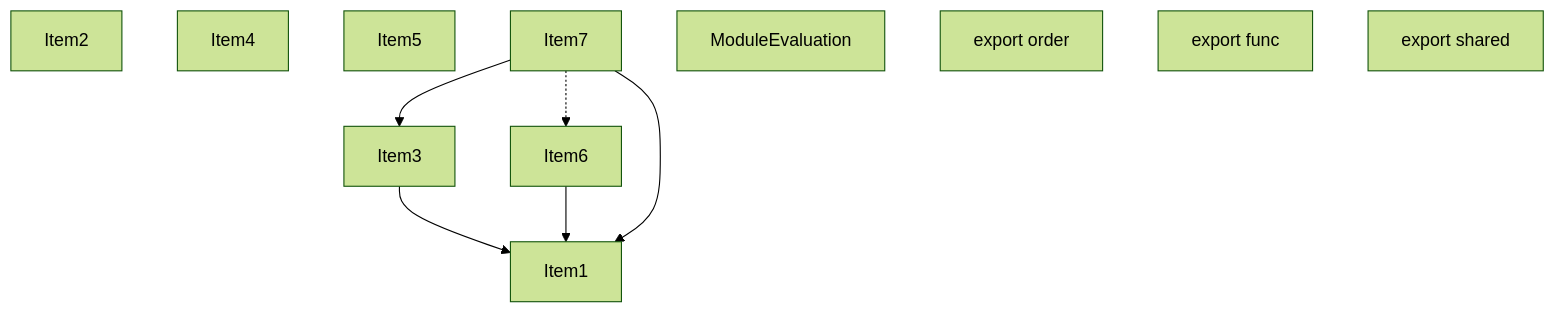
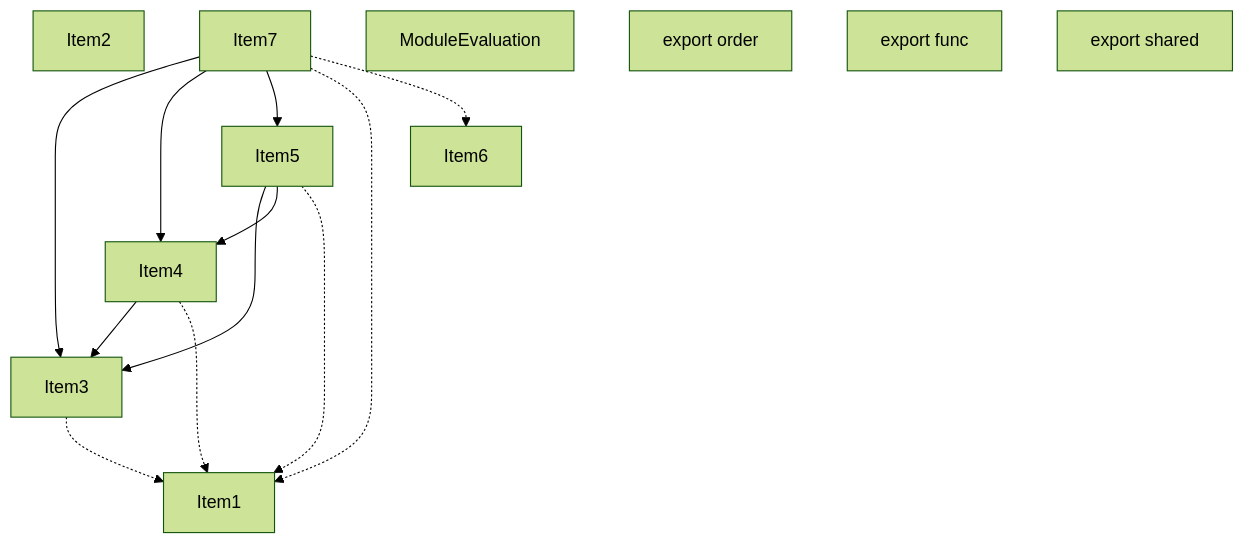
One commit to vercel/turborepo changed the second of 5 diagrams in crates/turbopack-ecmascript/tests/tree-shaker/analyzer/write-order/output.md. Above: the diagram before and after it, drawn with Mermaid (forest theme). The commit also changed other lines of this file and 12 other files, not shown here.

````diff
--- a/crates/turbopack-ecmascript/tests/tree-shaker/analyzer/write-order/output.md
+++ b/crates/turbopack-ecmascript/tests/tree-shaker/analyzer/write-order/output.md
@@ -104,23 +105,29 @@
 ```mermaid
 graph TD
     Item1;
     Item2;
     Item3;
     Item4;
     Item5;
     Item6;
     Item7;
     Item8;
     Item8["ModuleEvaluation"];
     Item9;
     Item9["export order"];
     Item10;
     Item10["export func"];
     Item11;
     Item11["export shared"];
-    Item3 --> Item1;
-    Item6 --> Item1;
-    Item7 --> Item1;
+    Item3 -.-> Item1;
+    Item4 --> Item3;
+    Item4 -.-> Item1;
+    Item5 --> Item3;
+    Item5 --> Item4;
+    Item5 -.-> Item1;
     Item7 --> Item3;
+    Item7 --> Item4;
+    Item7 --> Item5;
+    Item7 -.-> Item1;
     Item7 -.-> Item6;
 ```
````
